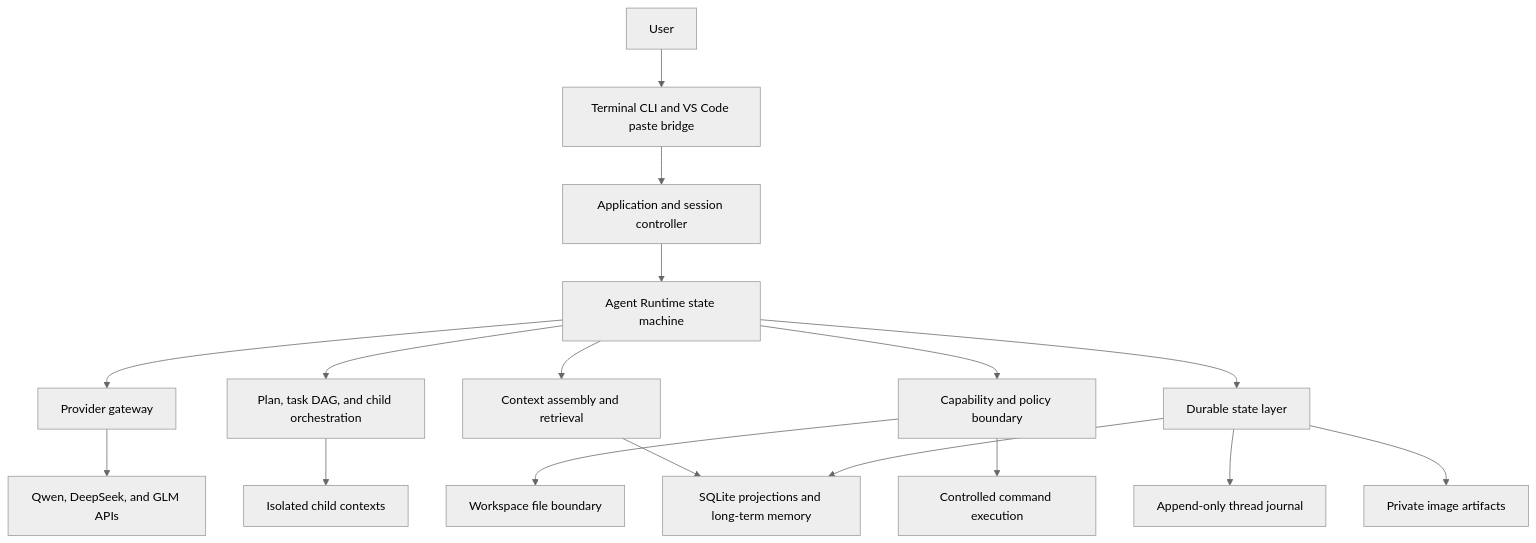
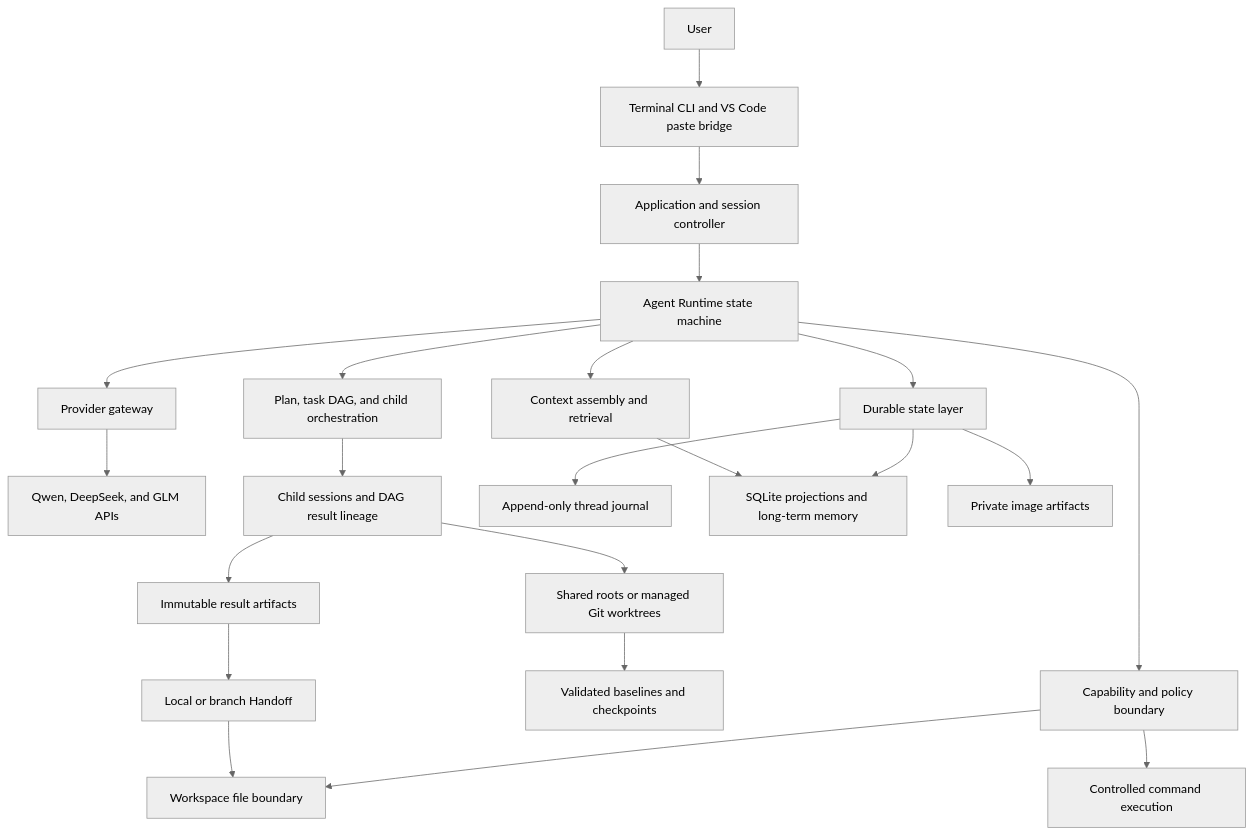
Before and after one commit to dd1000001000/EASY_CODE: the first of 2 diagrams in docs/TECHNICAL_DESIGN.md, drawn with Mermaid (neutral theme). The commit also changed other lines of this file and 32 other files, not shown here.

````diff
--- a/docs/TECHNICAL_DESIGN.md
+++ b/docs/TECHNICAL_DESIGN.md
@@ -25,22 +25,27 @@
 ```mermaid
 flowchart TB
     User[User] --> UI[Terminal CLI and VS Code paste bridge]
     UI --> App[Application and session controller]
     App --> Runtime[Agent Runtime state machine]
 
     Runtime --> Provider[Provider gateway]
     Runtime --> Context[Context assembly and retrieval]
     Runtime --> Orchestration[Plan, task DAG, and child orchestration]
     Runtime --> Capabilities[Capability and policy boundary]
 
     Provider --> APIs[Qwen, DeepSeek, and GLM APIs]
     Capabilities --> Workspace[Workspace file boundary]
     Capabilities --> Commands[Controlled command execution]
-    Orchestration --> Children[Isolated child contexts]
+    Orchestration --> Children[Child sessions and DAG result lineage]
+    Children --> Environments[Shared roots or managed Git worktrees]
+    Environments --> Snapshots[Validated baselines and checkpoints]
+    Children --> Results[Immutable result artifacts]
+    Results --> Handoff[Local or branch Handoff]
+    Handoff --> Workspace
 
     Runtime --> State[Durable state layer]
     State --> Journal[Append-only thread journal]
     State --> Database[SQLite projections and long-term memory]
     State --> Artifacts[Private image artifacts]
     Context --> Database
 ```
````
